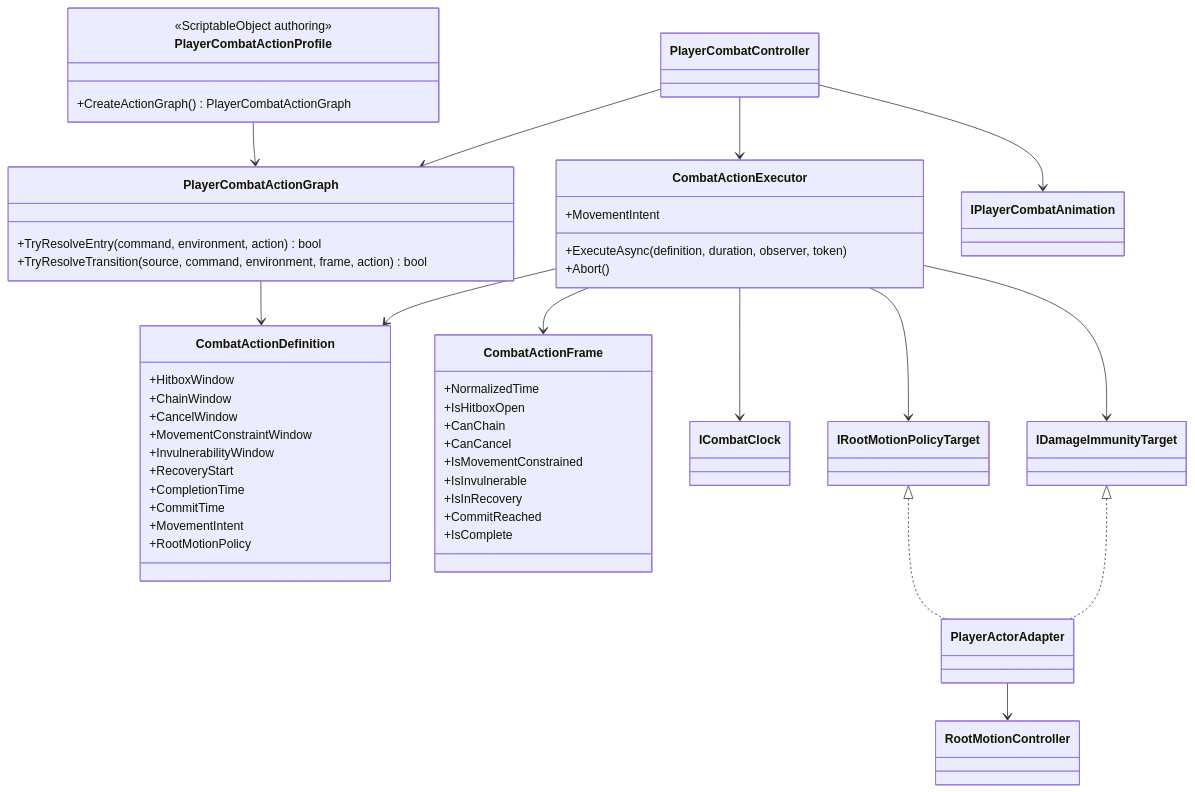
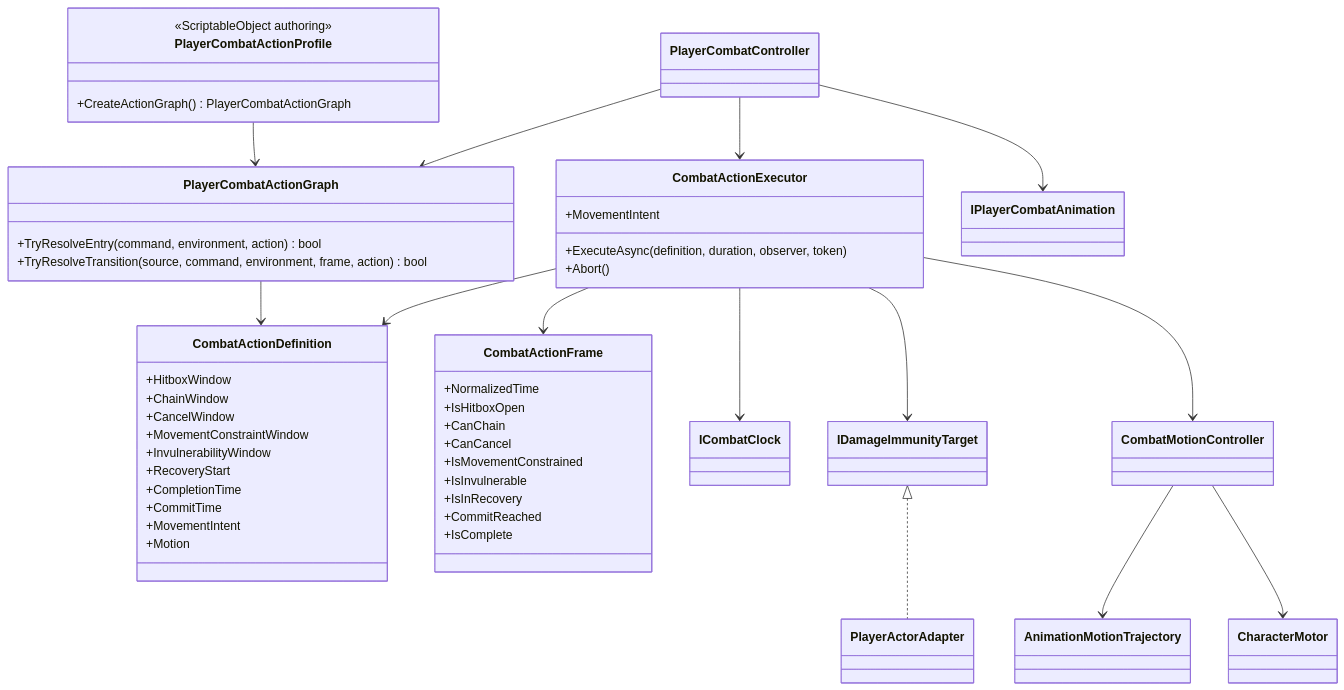
The diagram in Assets/_App/Core/Runtime/Combat/Actions/README.md (MaximFonariuc/project-s), drawn with Mermaid before and after one commit. The commit also changed other lines of this file and 57 other files, not shown here.

Commit message:
Implement motor-authoritative animation motion

````diff
--- a/Assets/_App/Core/Runtime/Combat/Actions/README.md
+++ b/Assets/_App/Core/Runtime/Combat/Actions/README.md
@@ -10,60 +10,61 @@
 ```mermaid
 classDiagram
     class PlayerCombatController
     class PlayerCombatActionProfile {
         <<ScriptableObject authoring>>
         +CreateActionGraph() PlayerCombatActionGraph
     }
     class PlayerCombatActionGraph {
         +TryResolveEntry(command, environment, action) bool
         +TryResolveTransition(source, command, environment, frame, action) bool
     }
     class CombatActionDefinition {
         +HitboxWindow
         +ChainWindow
         +CancelWindow
         +MovementConstraintWindow
         +InvulnerabilityWindow
         +RecoveryStart
         +CompletionTime
         +CommitTime
         +MovementIntent
-        +RootMotionPolicy
+        +Motion
     }
     class CombatActionExecutor {
         +ExecuteAsync(definition, duration, observer, token)
         +Abort()
         +MovementIntent
     }
     class CombatActionFrame {
         +NormalizedTime
         +IsHitboxOpen
         +CanChain
         +CanCancel
         +IsMovementConstrained
         +IsInvulnerable
         +IsInRecovery
         +CommitReached
         +IsComplete
     }
     class ICombatClock
-    class IRootMotionPolicyTarget
     class IDamageImmunityTarget
     class PlayerActorAdapter
-    class RootMotionController
+    class CombatMotionController
+    class AnimationMotionTrajectory
+    class CharacterMotor
     class IPlayerCombatAnimation
 
     PlayerCombatActionProfile --> PlayerCombatActionGraph
     PlayerCombatActionGraph --> CombatActionDefinition
     PlayerCombatController --> PlayerCombatActionGraph
     PlayerCombatController --> CombatActionExecutor
     PlayerCombatController --> IPlayerCombatAnimation
     CombatActionExecutor --> CombatActionDefinition
     CombatActionExecutor --> CombatActionFrame
     CombatActionExecutor --> ICombatClock
-    CombatActionExecutor --> IRootMotionPolicyTarget
     CombatActionExecutor --> IDamageImmunityTarget
-    IRootMotionPolicyTarget <|.. PlayerActorAdapter
     IDamageImmunityTarget <|.. PlayerActorAdapter
-    PlayerActorAdapter --> RootMotionController
+    CombatActionExecutor --> CombatMotionController
+    CombatMotionController --> AnimationMotionTrajectory
+    CombatMotionController --> CharacterMotor
 ```
````
